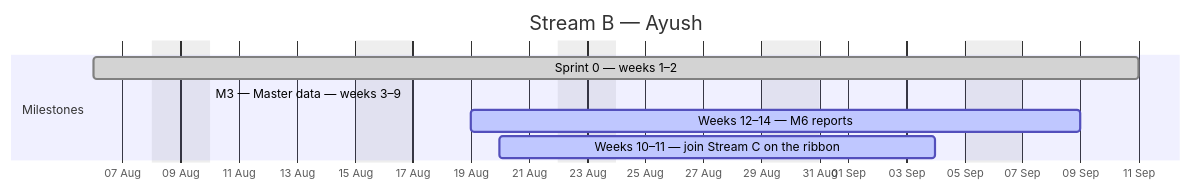
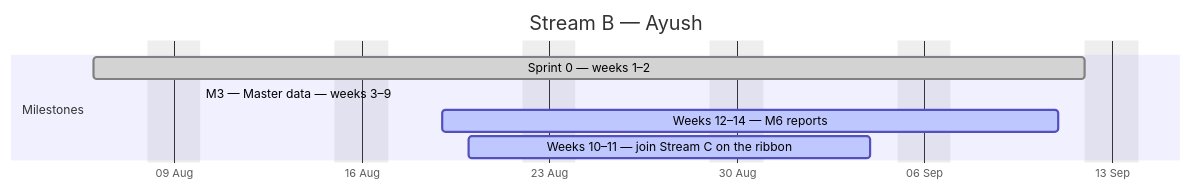
One commit to debashisedunext/EduTrack changed the second of 4 diagrams in docs/plan/GANTT.md. Above: the diagram before and after it, drawn with Mermaid. The commit also changed other lines of this file and 4 other files, not shown here.

````diff
--- a/docs/plan/GANTT.md
+++ b/docs/plan/GANTT.md
@@ -97,12 +101,12 @@
 ```mermaid
 gantt
     dateFormat YYYY-MM-DD
     axisFormat %d %b
     title Stream B — Ayush
     excludes weekends
     section Milestones
-    Sprint 0 — weeks 1–2 :done, b0, 2026-08-06, 26d
-    M3 — Master data — weeks 3–9 :active, b1, 2026-08-10, -8d
-    Weeks 12–14 — M6 reports :active, b2, 2026-08-19, 15d
+    Sprint 0 — weeks 1–2 :done, b0, 2026-08-06, 27d
+    M3 — Master data — weeks 3–9 :active, b1, 2026-08-10, -9d
+    Weeks 12–14 — M6 reports :active, b2, 2026-08-19, 17d
     Weeks 10–11 — join Stream C on the ribbon :active, b3, 2026-08-20, 11d
 ```
````
